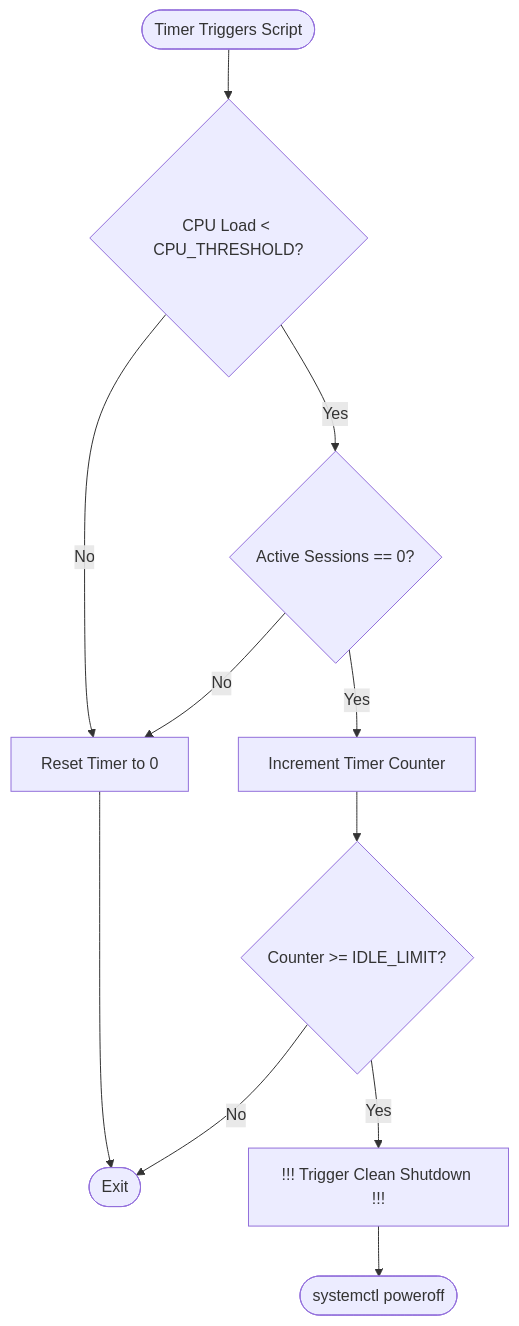
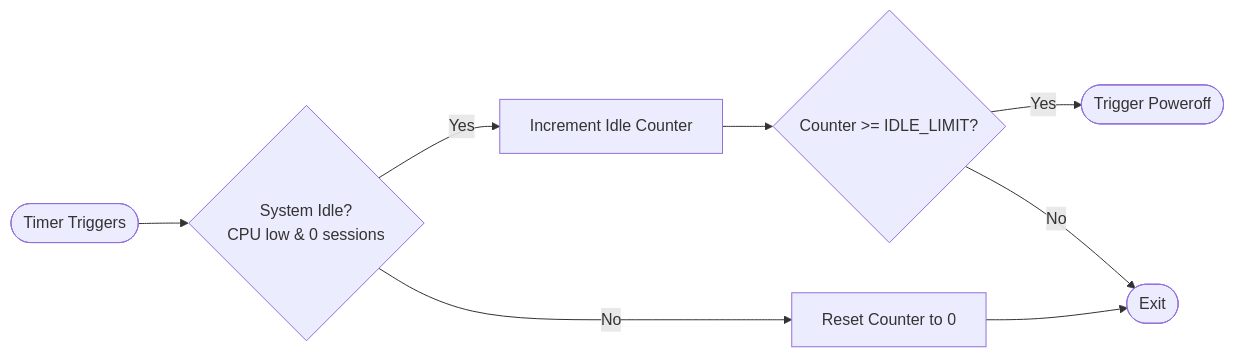
One commit to figuerol/idle-shutdown-monitor changed the diagram in README.md. Above: the diagram before and after it, drawn with Mermaid.

Commit message:
docs: simplify and horizontalize Mermaid flowchart in README

````diff
--- a/README.md
+++ b/README.md
@@ -13,13 +13,11 @@
 ```mermaid
-flowchart TD
-    Start([Timer Triggers Script]) --> CPU{CPU Load < CPU_THRESHOLD?}
-    CPU -- Yes --> Sessions{Active Sessions == 0?}
-    CPU -- No --> Reset[Reset Timer to 0]
-    Sessions -- Yes --> Increment[Increment Timer Counter]
-    Sessions -- No --> Reset
-    Reset --> End([Exit])
+flowchart LR
+    Start([Timer Triggers]) --> Check{System Idle?<br>CPU low & 0 sessions}
+    Check -- Yes --> Increment[Increment Idle Counter]
+    Check -- No --> Reset[Reset Counter to 0]
+    
     Increment --> Limit{Counter >= IDLE_LIMIT?}
-    Limit -- Yes --> Shutdown[!!! Trigger Clean Shutdown !!!]
-    Limit -- No --> End
-    Shutdown --> PowerOff([systemctl poweroff])
+    Limit -- Yes --> Shutdown([Trigger Poweroff])
+    Limit -- No --> End([Exit])
+    Reset --> End
 ```
````
